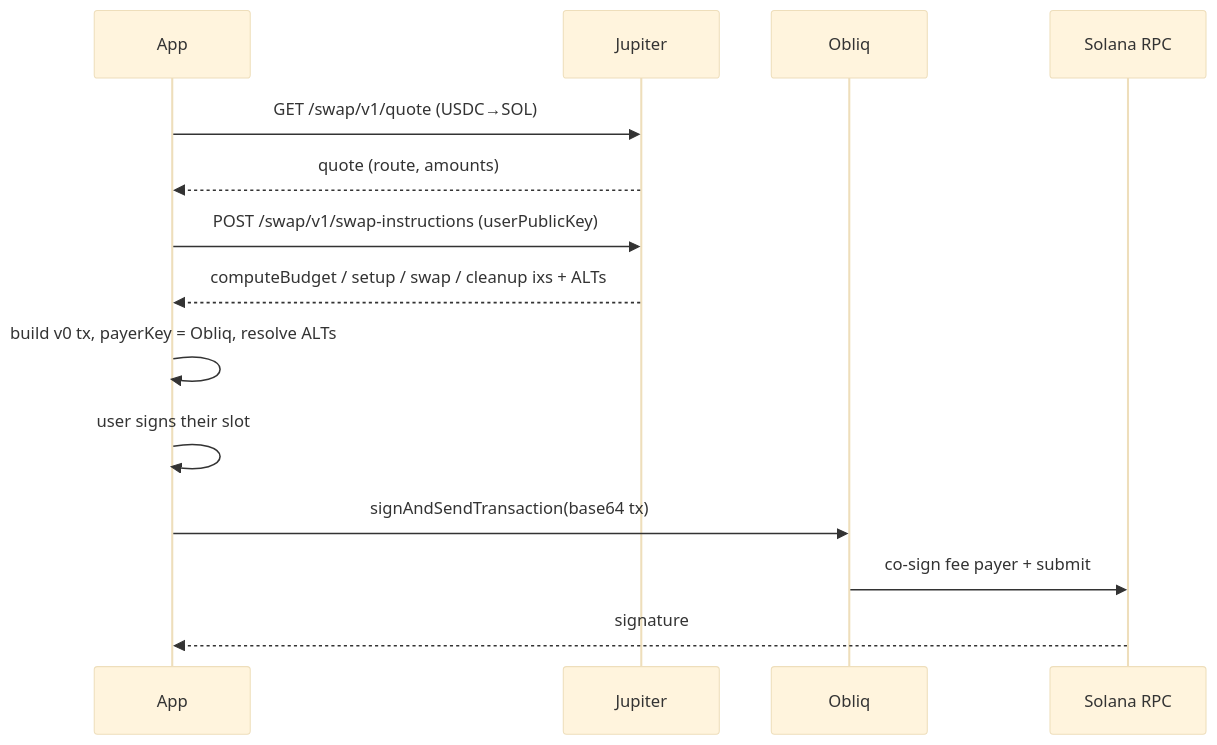
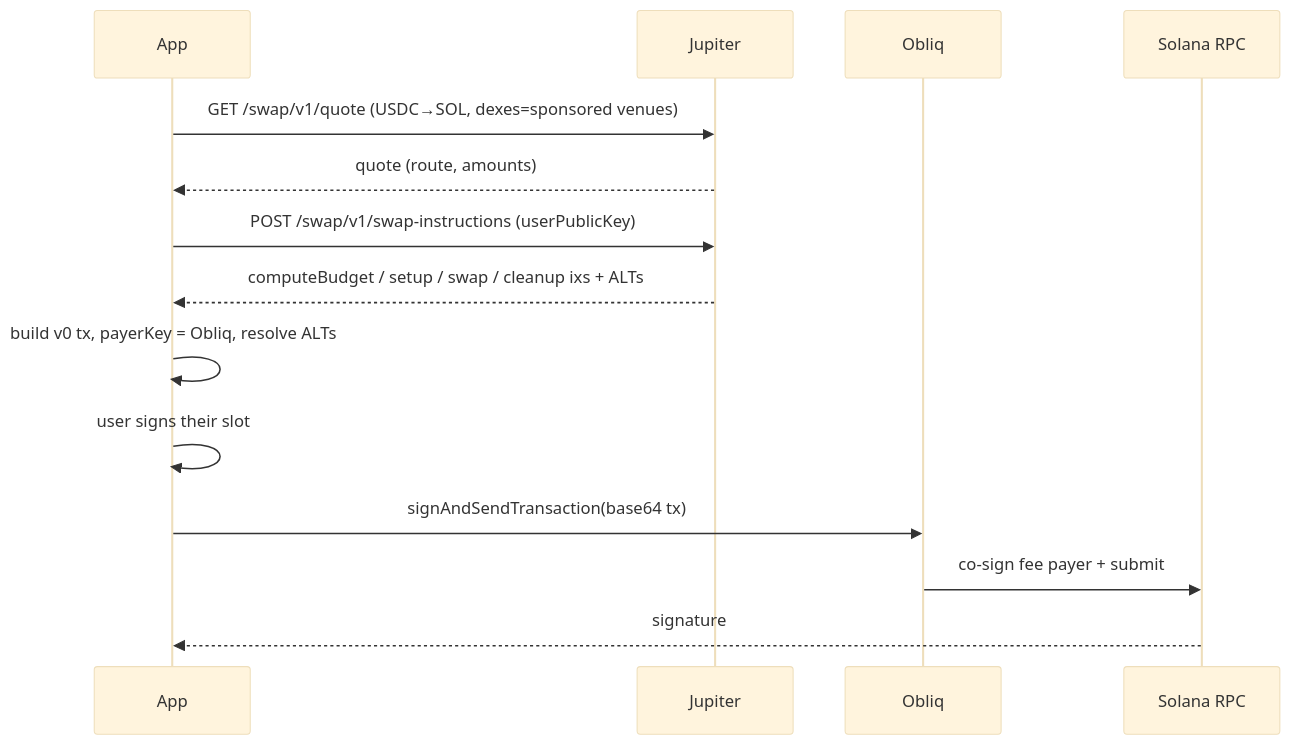
One commit to kanalabs/obliq-examples changed the diagram in swap/README.md. Above: the diagram before and after it, drawn with Mermaid (base theme). The commit also changed other lines of this file and 6 other files, not shown here.

````diff
--- a/swap/README.md
+++ b/swap/README.md
@@ -17,16 +25,16 @@
 ```mermaid
 sequenceDiagram
     participant App
     participant Jupiter
     participant Obliq
     participant RPC as Solana RPC
-    App->>Jupiter: GET /swap/v1/quote (USDC→SOL)
+    App->>Jupiter: GET /swap/v1/quote (USDC→SOL, dexes=sponsored venues)
     Jupiter-->>App: quote (route, amounts)
     App->>Jupiter: POST /swap/v1/swap-instructions (userPublicKey)
     Jupiter-->>App: computeBudget / setup / swap / cleanup ixs + ALTs
     App->>App: build v0 tx, payerKey = Obliq, resolve ALTs
     App->>App: user signs their slot
     App->>Obliq: signAndSendTransaction(base64 tx)
     Obliq->>RPC: co-sign fee payer + submit
     RPC-->>App: signature
 ```
````
